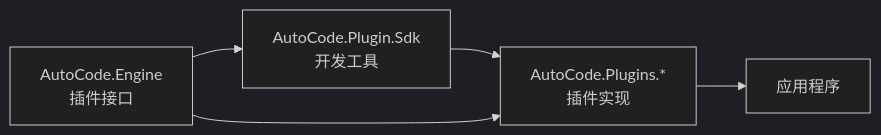
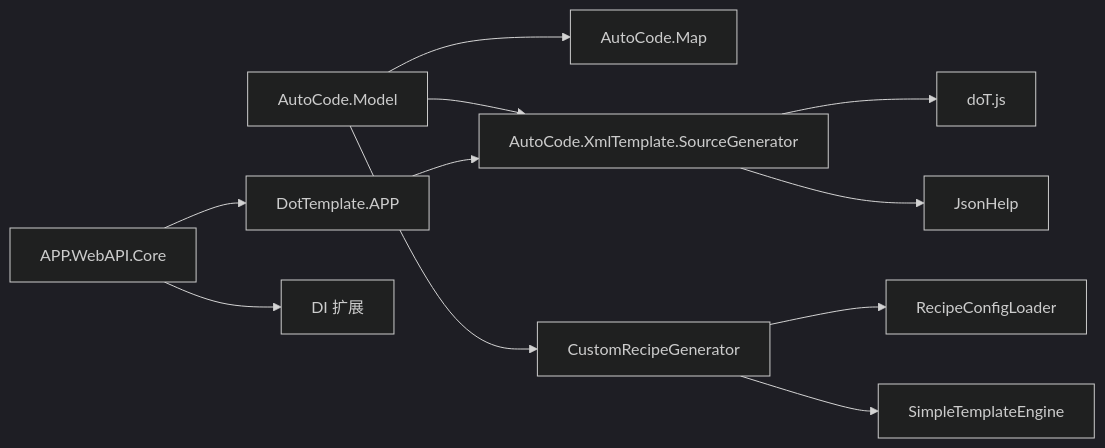
Before and after one commit to alivy/AutoCode: the ninth of 9 diagrams in .qoder/repowiki/zh/content/扩展开发/扩展开发.md, drawn with Mermaid (dark theme). The commit also changed other lines of this file and 279 other files, not shown here.

````diff
--- a/.qoder/repowiki/zh/content/扩展开发/扩展开发.md
+++ b/.qoder/repowiki/zh/content/扩展开发/扩展开发.md
@@ -266,7 +511,13 @@
 ```mermaid
 graph LR
-Engine["AutoCode.Engine<br/>插件接口"] --> Sdk["AutoCode.Plugin.Sdk<br/>开发工具"]
-Sdk --> Plugins["AutoCode.Plugins.*<br/>插件实现"]
-Plugins --> App["应用程序"]
-Engine --> Plugins
+Model["AutoCode.Model"] --> MapGen["AutoCode.Map"]
+Model --> DotGen["AutoCode.XmlTemplate.SourceGenerator"]
+Model --> CustomGen["CustomRecipeGenerator"]
+CustomGen --> ConfigLoader["RecipeConfigLoader"]
+CustomGen --> TemplateEngine["SimpleTemplateEngine"]
+DotGen --> DoT["doT.js"]
+DotGen --> Json["JsonHelp"]
+App["DotTemplate.APP"] --> DotGen
+WebCore["APP.WebAPI.Core"] --> App
+WebCore --> DIExt["DI 扩展"]
 ```
````
